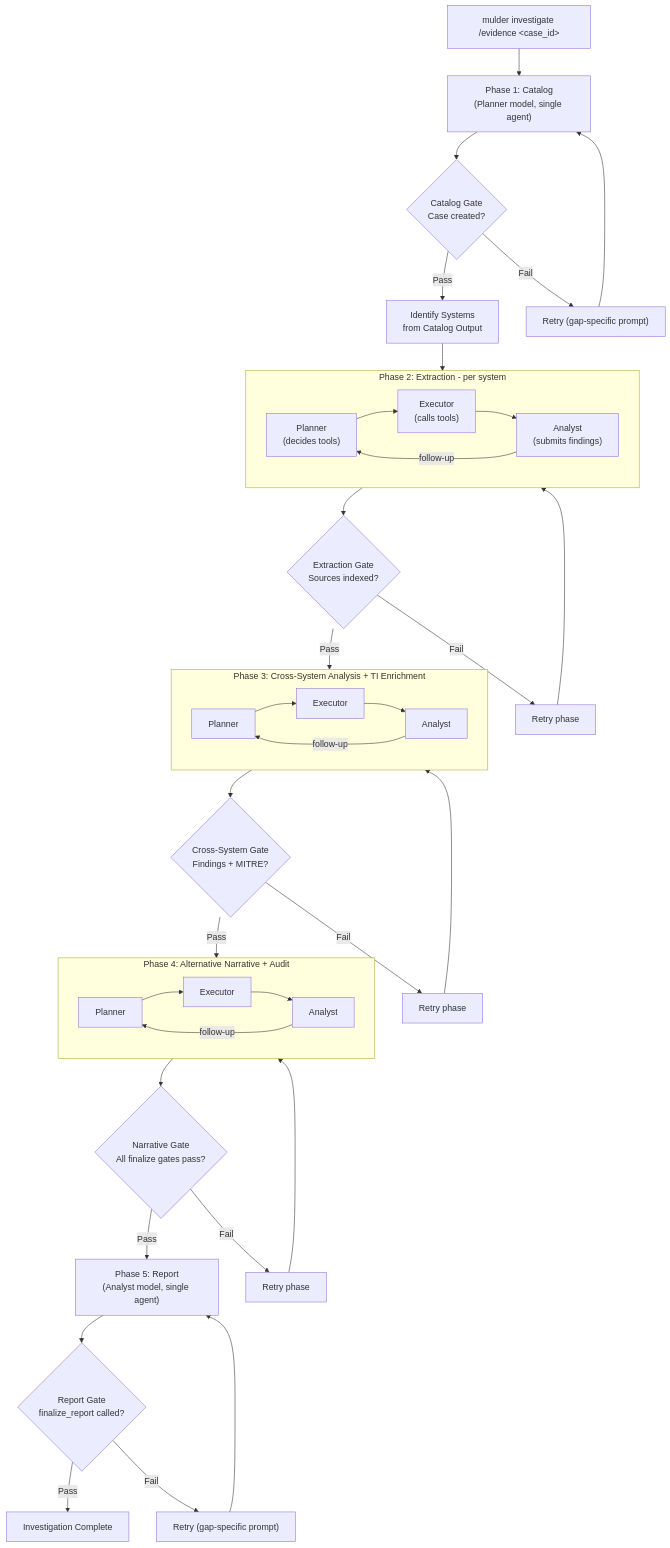
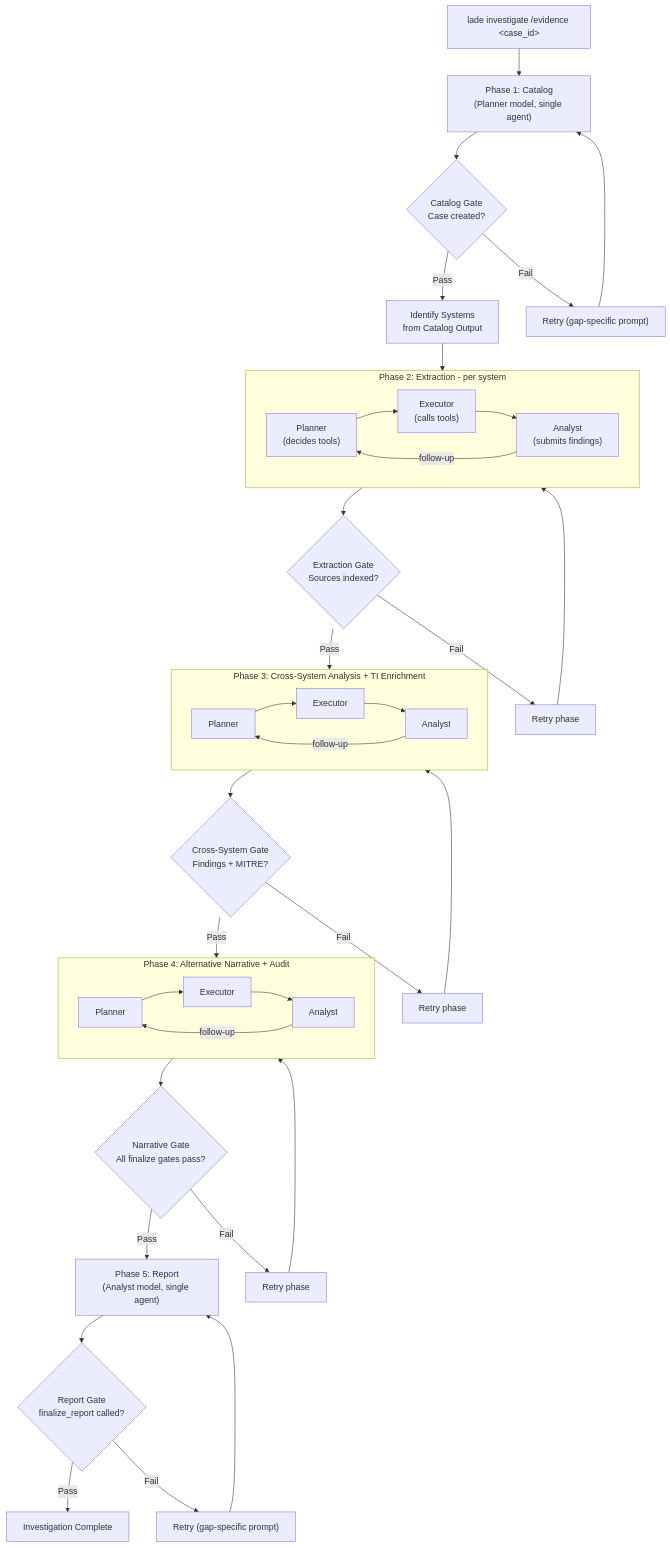
The third of 6 diagrams in docs/architecture.md (dominionochai/Lade), drawn with Mermaid before and after one commit. The commit also changed other lines of this file and 312 other files, not shown here.

````diff
--- a/docs/architecture.md
+++ b/docs/architecture.md
@@ -116,50 +116,50 @@
 ```mermaid
 flowchart TD
-    start["mulder investigate /evidence &lt;case_id&gt;"] --> catalog
+    start["lade investigate /evidence &lt;case_id&gt;"] --> catalog
     catalog["Phase 1: Catalog\n(Planner model, single agent)"]
     catalog --> catalogGate{"Catalog Gate\nCase created?"}
     catalogGate -->|"Pass"| identifySystems["Identify Systems\nfrom Catalog Output"]
     catalogGate -->|"Fail"| retryC["Retry (gap-specific prompt)"]
     retryC --> catalog
 
     identifySystems --> extraction
 
     subgraph extraction [Phase 2: Extraction - per system]
         ep["Planner\n(decides tools)"]
         ee["Executor\n(calls tools)"]
         ea["Analyst\n(submits findings)"]
         ep --> ee --> ea
         ea -->|"follow-up"| ep
     end
 
     extraction --> extractionGate{"Extraction Gate\nSources indexed?"}
     extractionGate -->|"Pass"| crossSystem
     extractionGate -->|"Fail"| retryE["Retry phase"]
     retryE --> extraction
 
     subgraph crossSystem [Phase 3: Cross-System Analysis + TI Enrichment]
         cp["Planner"] --> ce["Executor"] --> ca["Analyst"]
         ca -->|"follow-up"| cp
     end
 
     crossSystem --> crossGate{"Cross-System Gate\nFindings + MITRE?"}
     crossGate -->|"Pass"| altNarrative
     crossGate -->|"Fail"| retryCS["Retry phase"]
     retryCS --> crossSystem
 
     subgraph altNarrative [Phase 4: Alternative Narrative + Audit]
         np["Planner"] --> ne["Executor"] --> na["Analyst"]
         na -->|"follow-up"| np
     end
 
     altNarrative --> narrativeGate{"Narrative Gate\nAll finalize gates pass?"}
     narrativeGate -->|"Pass"| report
     narrativeGate -->|"Fail"| retryN["Retry phase"]
     retryN --> altNarrative
 
     report["Phase 5: Report\n(Analyst model, single agent)"]
     report --> reportGate{"Report Gate\nfinalize_report called?"}
     reportGate -->|"Pass"| done["Investigation Complete"]
     reportGate -->|"Fail"| retryR["Retry (gap-specific prompt)"]
     retryR --> report
 ```
````
